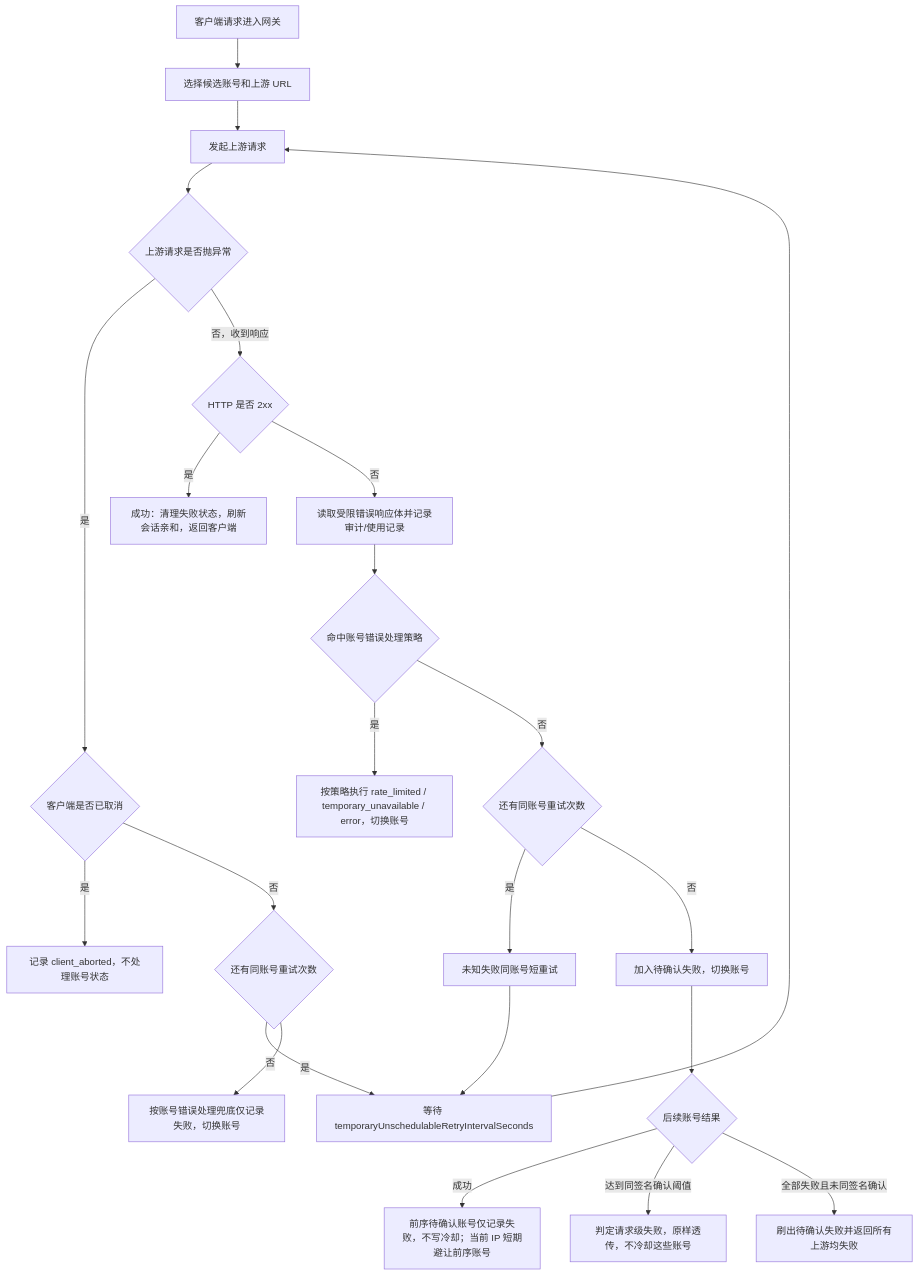
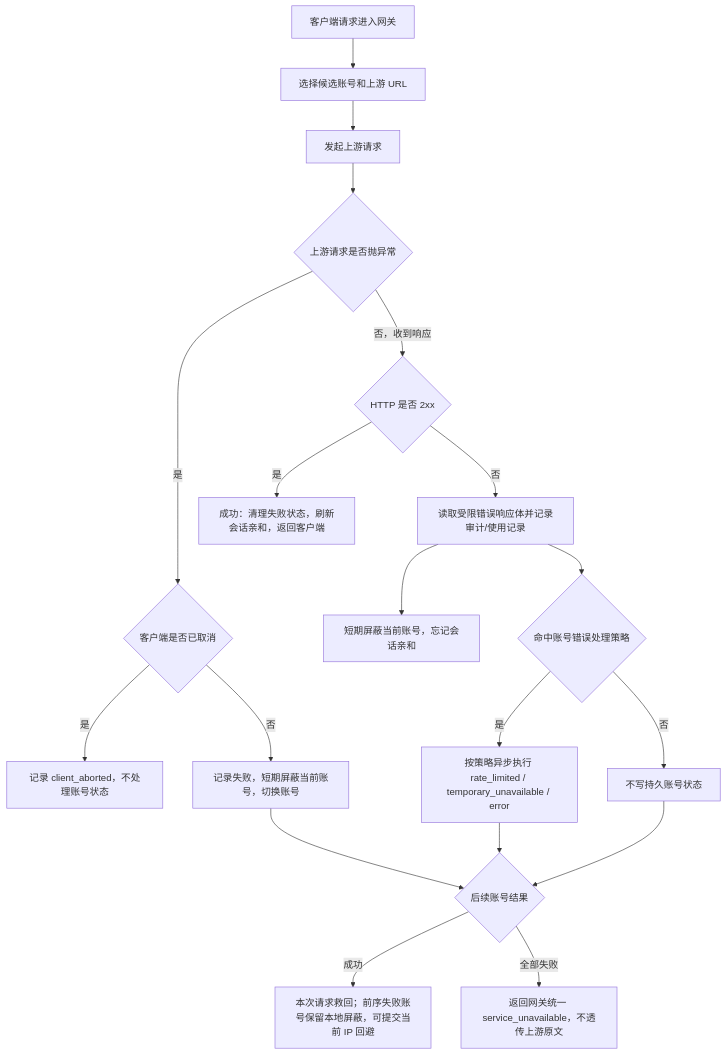
One commit to huanmin123/juhe-ai changed the first of 3 diagrams in docs/functions/网关异常重试与兜底策略.md. Above: the diagram before and after it, drawn with Mermaid. The commit also changed other lines of this file and 141 other files, not shown here.

````diff
--- a/docs/functions/网关异常重试与兜底策略.md
+++ b/docs/functions/网关异常重试与兜底策略.md
@@ -35,26 +35,22 @@
 ```mermaid
 flowchart TD
   A["客户端请求进入网关"] --> B["选择候选账号和上游 URL"]
   B --> C["发起上游请求"]
   C --> D{"上游请求是否抛异常"}
   D -- "是" --> E{"客户端是否已取消"}
   E -- "是" --> F["记录 client_aborted，不处理账号状态"]
-  E -- "否" --> G{"还有同账号重试次数"}
-  G -- "是" --> H["等待 temporaryUnschedulableRetryIntervalSeconds"]
-  H --> C
-  G -- "否" --> I["按账号错误处理兜底仅记录失败，切换账号"]
+  E -- "否" --> I["记录失败，短期屏蔽当前账号，切换账号"]
 
   D -- "否，收到响应" --> J{"HTTP 是否 2xx"}
   J -- "是" --> K["成功：清理失败状态，刷新会话亲和，返回客户端"]
   J -- "否" --> L["读取受限错误响应体并记录审计/使用记录"]
+  L --> X["短期屏蔽当前账号，忘记会话亲和"]
   L --> O{"命中账号错误处理策略"}
-  O -- "是" --> P["按策略执行 rate_limited / temporary_unavailable / error，切换账号"]
-  O -- "否" --> Q{"还有同账号重试次数"}
-  Q -- "是" --> R["未知失败同账号短重试"]
-  R --> H
-  Q -- "否" --> S["加入待确认失败，切换账号"]
-  S --> T{"后续账号结果"}
-  T -- "成功" --> U["前序待确认账号仅记录失败，不写冷却；当前 IP 短期避让前序账号"]
-  T -- "达到同签名确认阈值" --> V["判定请求级失败，原样透传，不冷却这些账号"]
-  T -- "全部失败且未同签名确认" --> W["刷出待确认失败并返回所有上游均失败"]
+  O -- "是" --> P["按策略异步执行 rate_limited / temporary_unavailable / error"]
+  O -- "否" --> S["不写持久账号状态"]
+  P --> T{"后续账号结果"}
+  S --> T
+  I --> T
+  T -- "成功" --> U["本次请求救回；前序失败账号保留本地屏蔽，可提交当前 IP 回避"]
+  T -- "全部失败" --> W["返回网关统一 service_unavailable，不透传上游原文"]
 ```
````
